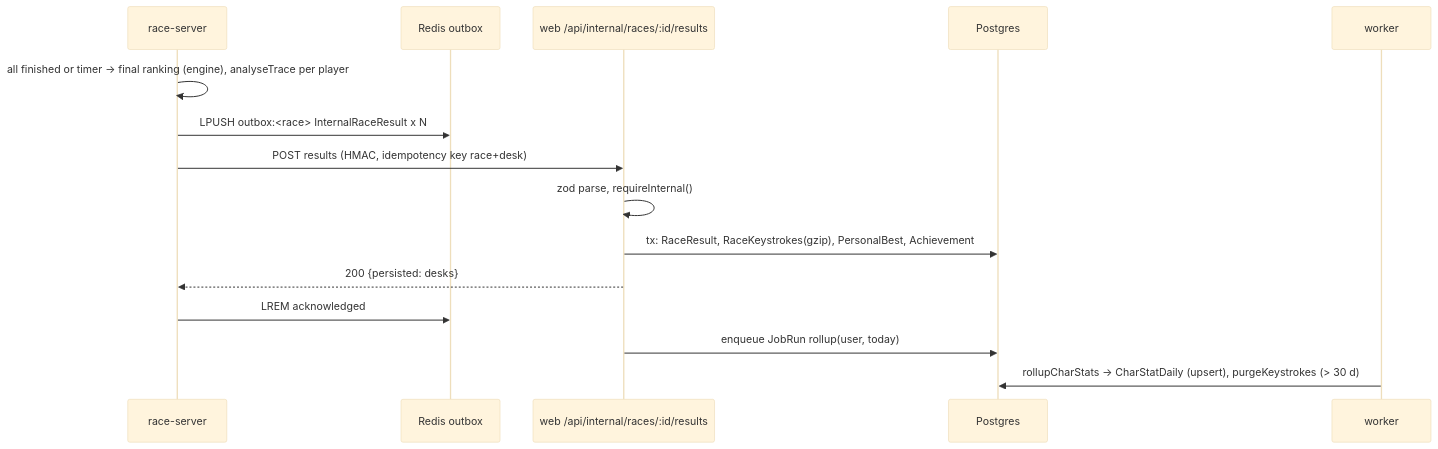
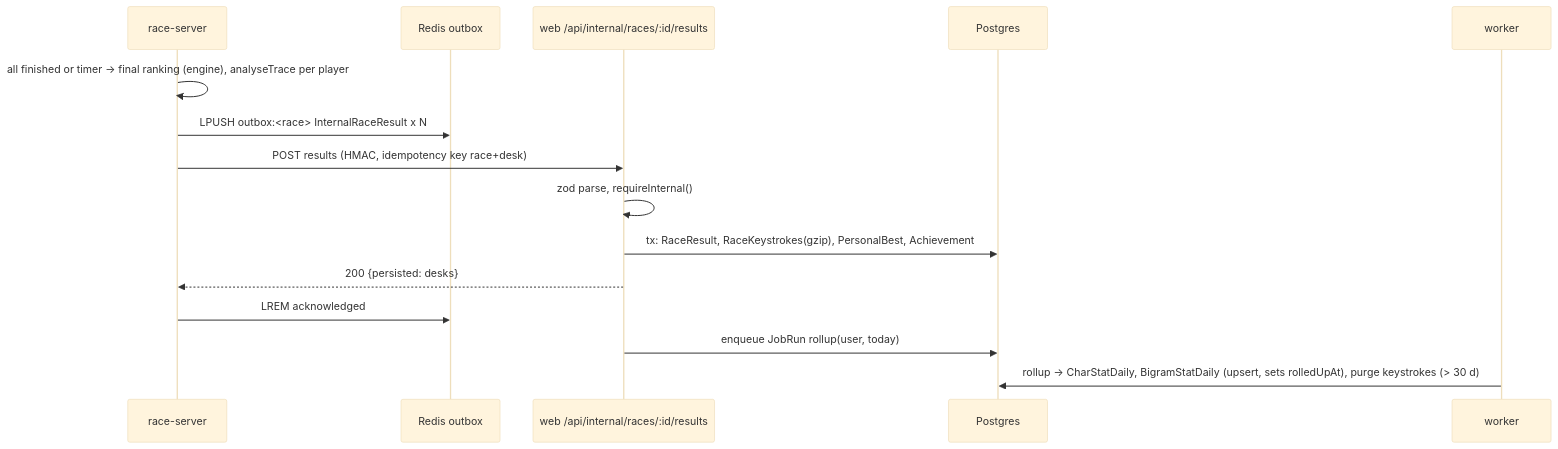
Before and after one commit to jimmy-razafindretsa/fifth-copy: the fifth of 6 diagrams in docs/architecture/ARCHITECTURE.md, drawn with Mermaid (base theme). The commit also changed other lines of this file and 4 other files, not shown here.

First line of the commit message:
[#312] Proposed ADR 0024, privacy inventory and retention, ARCHITECTURE 9.2

````diff
--- a/docs/architecture/ARCHITECTURE.md
+++ b/docs/architecture/ARCHITECTURE.md
@@ -330,17 +330,17 @@
 ```mermaid
 sequenceDiagram
   participant S as race-server
   participant R as Redis outbox
   participant W as web /api/internal/races/:id/results
   participant P as Postgres
   participant J as worker
   S->>S: all finished or timer -> final ranking (engine), analyseTrace per player
   S->>R: LPUSH outbox:<race> InternalRaceResult x N
   S->>W: POST results (HMAC, idempotency key race+desk)
   W->>W: zod parse, requireInternal()
   W->>P: tx: RaceResult, RaceKeystrokes(gzip), PersonalBest, Achievement
   W-->>S: 200 {persisted: desks}
   S->>R: LREM acknowledged
   W->>P: enqueue JobRun rollup(user, today)
-  J->>P: rollupCharStats -> CharStatDaily (upsert), purgeKeystrokes (> 30 d)
+  J->>P: rollup -> CharStatDaily, BigramStatDaily (upsert, sets rolledUpAt), purge keystrokes (> 30 d)
 ```
````
